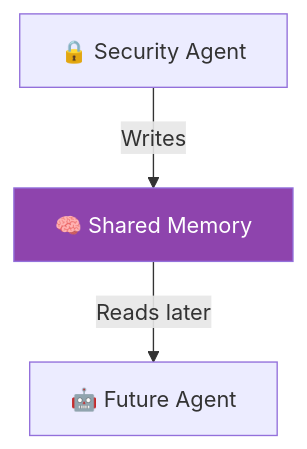
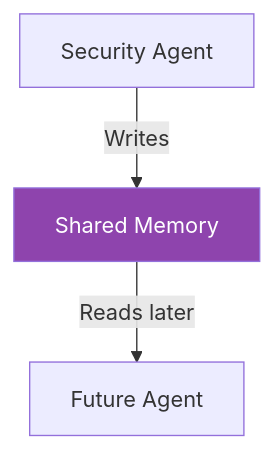
Diagram 12 of 53 in AI Agent Communication.md (Sujalkathait/-AI-Agent-Security-Playbook.), drawn with Mermaid before and after one commit. The commit also changed other lines of this file and 2 other files, not shown here.

````diff
--- a/AI Agent Communication.md
+++ b/AI Agent Communication.md
@@ -388,7 +388,7 @@
 ```mermaid
 graph TD
-    Sec["🔒 Security Agent"] -->|Writes| Memory["🧠 Shared Memory"]
-    Memory -->|Reads later| Future["🤖 Future Agent"]
+  Sec[" Security Agent"] -->|Writes| Memory[" Shared Memory"]
+  Memory -->|Reads later| Future[" Future Agent"]
 
-    style Memory fill:#8e44ad,color:white
+  style Memory fill:#8e44ad,color:white
 ```
````
